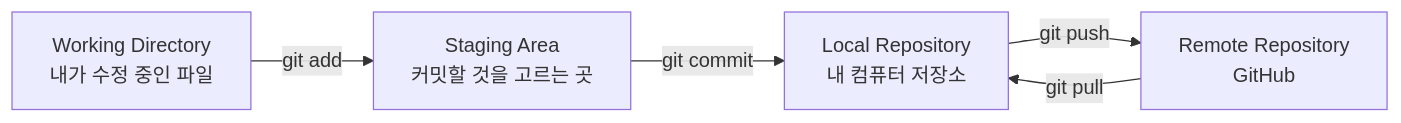
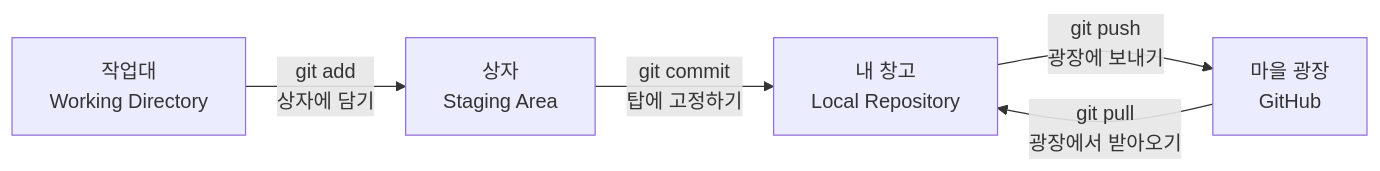
One commit to skinopero/my-blog changed the first of 6 diagrams in _posts/2026-08-31-개념 총설명.md. Above: the diagram before and after it, drawn with Mermaid. The commit also changed other lines of this file and 2 other files, not shown here.

````diff
--- a/_posts/2026-08-31-개념 총설명.md
+++ b/_posts/2026-08-31-개념 총설명.md
@@ -16,7 +28,7 @@
 ```mermaid
 flowchart LR
-    A[Working Directory<br/>내가 수정 중인 파일] -- "git add" --> B[Staging Area<br/>커밋할 것을 고르는 곳]
-    B -- "git commit" --> C[Local Repository<br/>내 컴퓨터 저장소]
-    C -- "git push" --> D[Remote Repository<br/>GitHub]
-    D -- "git pull" --> C
+    A[작업대<br/>Working Directory] -- "git add<br/>상자에 담기" --> B[상자<br/>Staging Area]
+    B -- "git commit<br/>탑에 고정하기" --> C[내 창고<br/>Local Repository]
+    C -- "git push<br/>광장에 보내기" --> D[마을 광장<br/>GitHub]
+    D -- "git pull<br/>광장에서 받아오기" --> C
 ```
````
